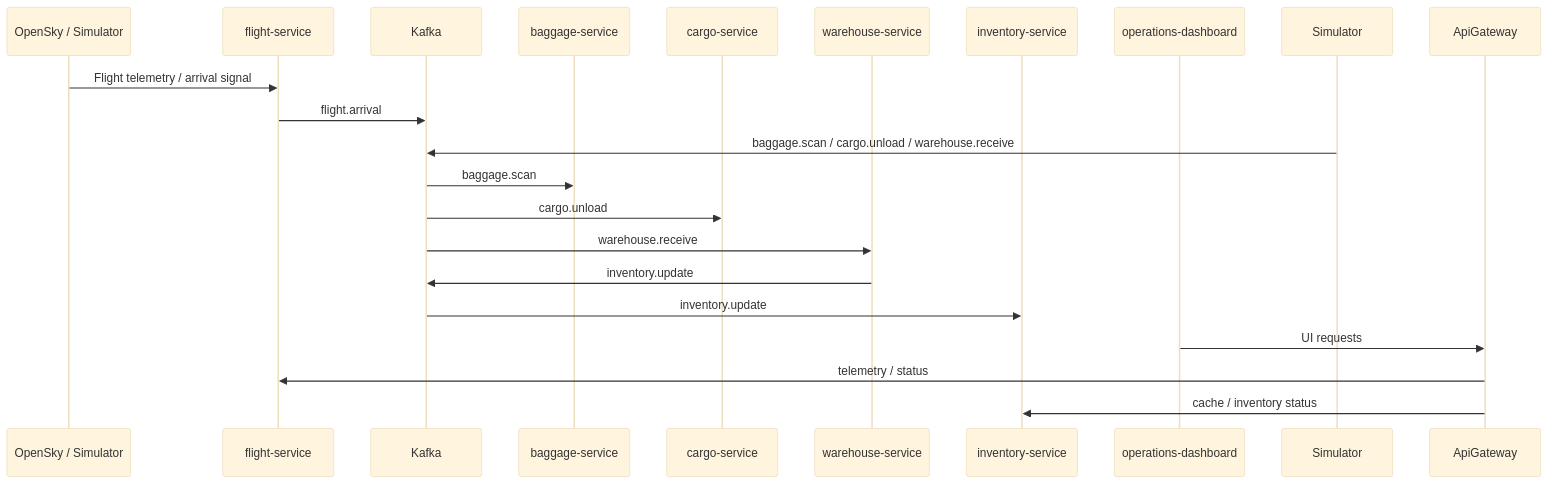
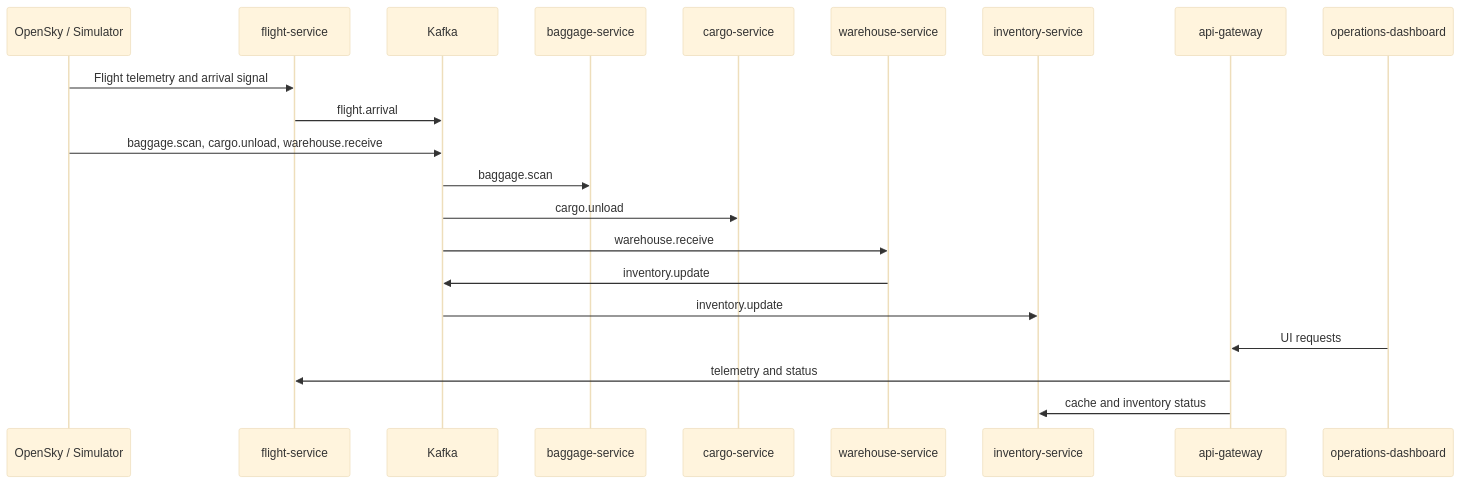
Before and after one commit to manojpasunoori/AirOps360: the second of 2 diagrams in docs/architecture.md, drawn with Mermaid (base theme). The commit also changed other lines of this file, not shown here.

Commit message:
Fix Architecture Diagram Rendering

````diff
--- a/docs/architecture.md
+++ b/docs/architecture.md
@@ -32,23 +32,24 @@
 ```mermaid
 sequenceDiagram
     participant Telemetry as OpenSky / Simulator
     participant Flight as flight-service
     participant Kafka as Kafka
     participant Baggage as baggage-service
     participant Cargo as cargo-service
     participant Warehouse as warehouse-service
     participant Inventory as inventory-service
+    participant ApiGateway as api-gateway
     participant Dashboard as operations-dashboard
 
-    Telemetry->>Flight: Flight telemetry / arrival signal
+    Telemetry->>Flight: Flight telemetry and arrival signal
     Flight->>Kafka: flight.arrival
-    Simulator->>Kafka: baggage.scan / cargo.unload / warehouse.receive
+    Telemetry->>Kafka: baggage.scan, cargo.unload, warehouse.receive
     Kafka->>Baggage: baggage.scan
     Kafka->>Cargo: cargo.unload
     Kafka->>Warehouse: warehouse.receive
     Warehouse->>Kafka: inventory.update
     Kafka->>Inventory: inventory.update
     Dashboard->>ApiGateway: UI requests
-    ApiGateway->>Flight: telemetry / status
-    ApiGateway->>Inventory: cache / inventory status
+    ApiGateway->>Flight: telemetry and status
+    ApiGateway->>Inventory: cache and inventory status
 ```
````
